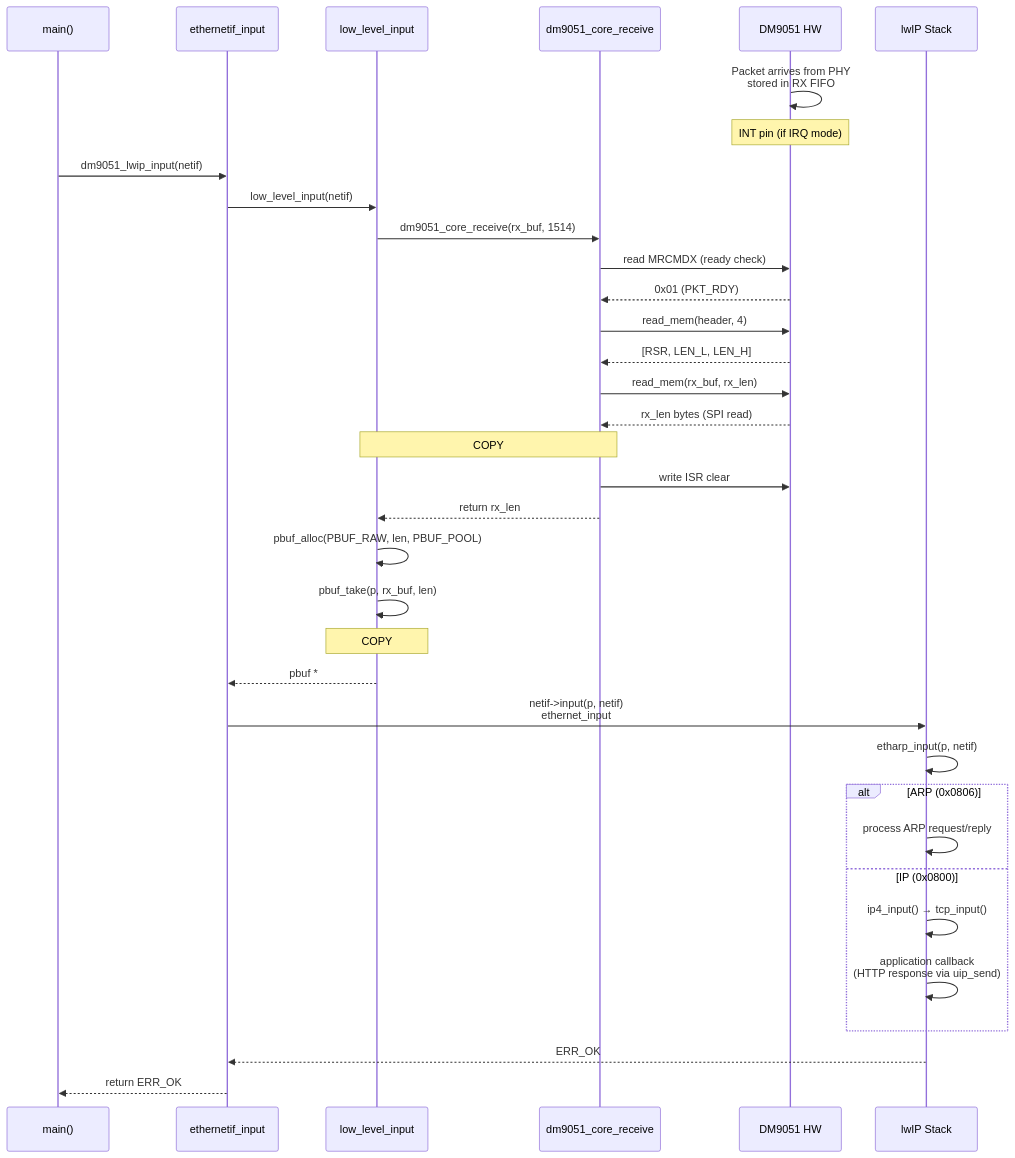
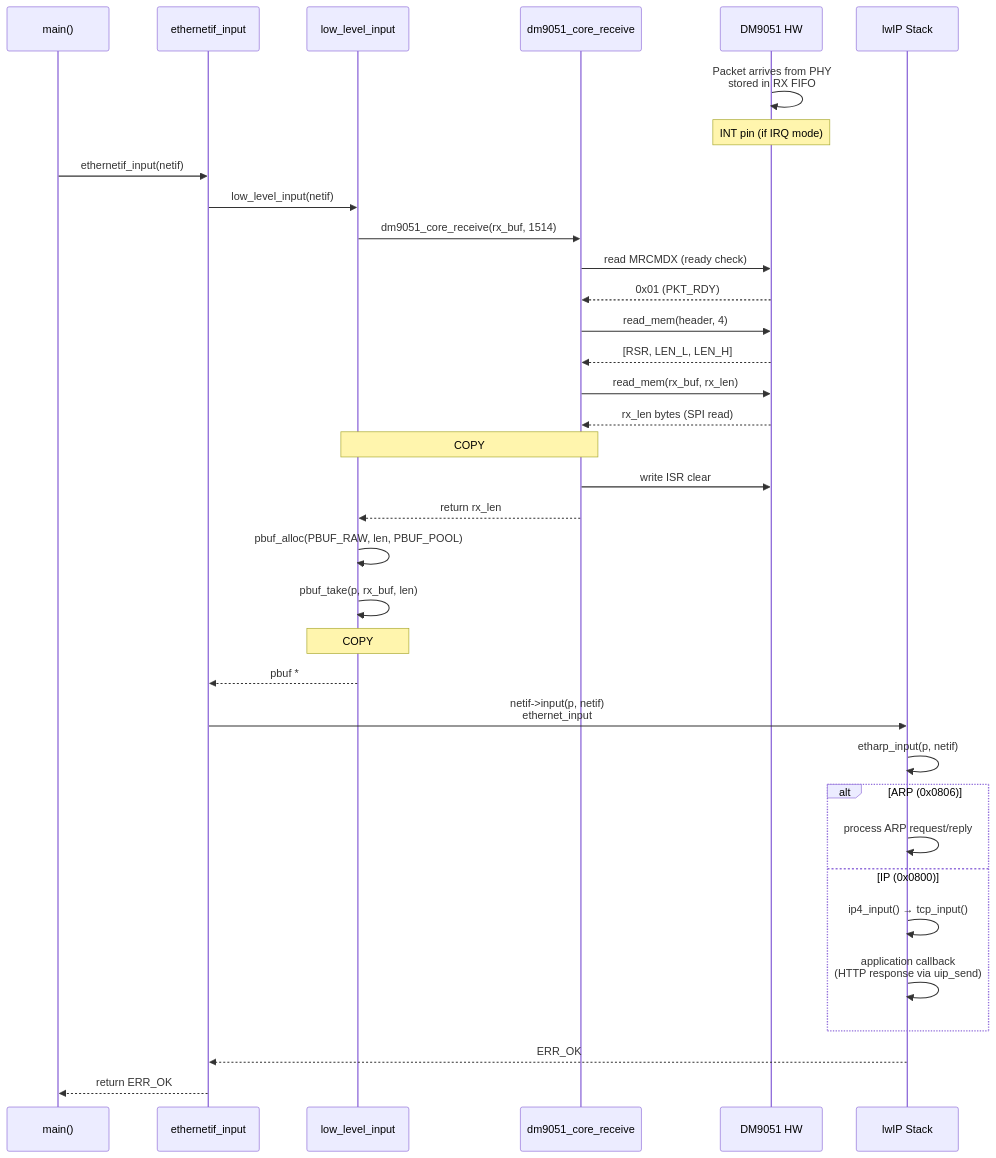
One commit to yicheng55/mh2030_demo changed the second of 5 diagrams in docs/dm9051_lwip_adapter_analysis.md. Above: the diagram before and after it, drawn with Mermaid. The commit also changed other lines of this file, not shown here.

````diff
--- a/docs/dm9051_lwip_adapter_analysis.md
+++ b/docs/dm9051_lwip_adapter_analysis.md
@@ -438,42 +449,42 @@
 ```mermaid
 sequenceDiagram
     participant APP as main()
     participant ETHIF as ethernetif_input
     participant LLI as low_level_input
     participant CORE as dm9051_core_receive
     participant DM as DM9051 HW
     participant LWIP as lwIP Stack
 
     DM->>DM: Packet arrives from PHY<br/>stored in RX FIFO
     Note over DM: INT pin (if IRQ mode)
 
-    APP->>ETHIF: dm9051_lwip_input(netif)
+    APP->>ETHIF: ethernetif_input(netif)
     ETHIF->>LLI: low_level_input(netif)
 
     LLI->>CORE: dm9051_core_receive(rx_buf, 1514)
     CORE->>DM: read MRCMDX (ready check)
     DM-->>CORE: 0x01 (PKT_RDY)
     CORE->>DM: read_mem(header, 4)
     DM-->>CORE: [RSR, LEN_L, LEN_H]
     CORE->>DM: read_mem(rx_buf, rx_len)
     DM-->>CORE: rx_len bytes (SPI read)
     Note over CORE,LLI: COPY #1: SPI FIFO → rx_buf
     CORE->>DM: write ISR clear
     CORE-->>LLI: return rx_len
 
     LLI->>LLI: pbuf_alloc(PBUF_RAW, len, PBUF_POOL)
     LLI->>LLI: pbuf_take(p, rx_buf, len)
     Note over LLI: COPY #2: rx_buf → pbuf chain
     LLI-->>ETHIF: pbuf *
 
     ETHIF->>LWIP: netif->input(p, netif)<br/>ethernet_input
     LWIP->>LWIP: etharp_input(p, netif)
     alt ARP (0x0806)
         LWIP->>LWIP: process ARP request/reply
     else IP (0x0800)
         LWIP->>LWIP: ip4_input() → tcp_input()
         LWIP->>LWIP: application callback<br/>(HTTP response via uip_send)
     end
     LWIP-->>ETHIF: ERR_OK
     ETHIF-->>APP: return ERR_OK
 ```
````
